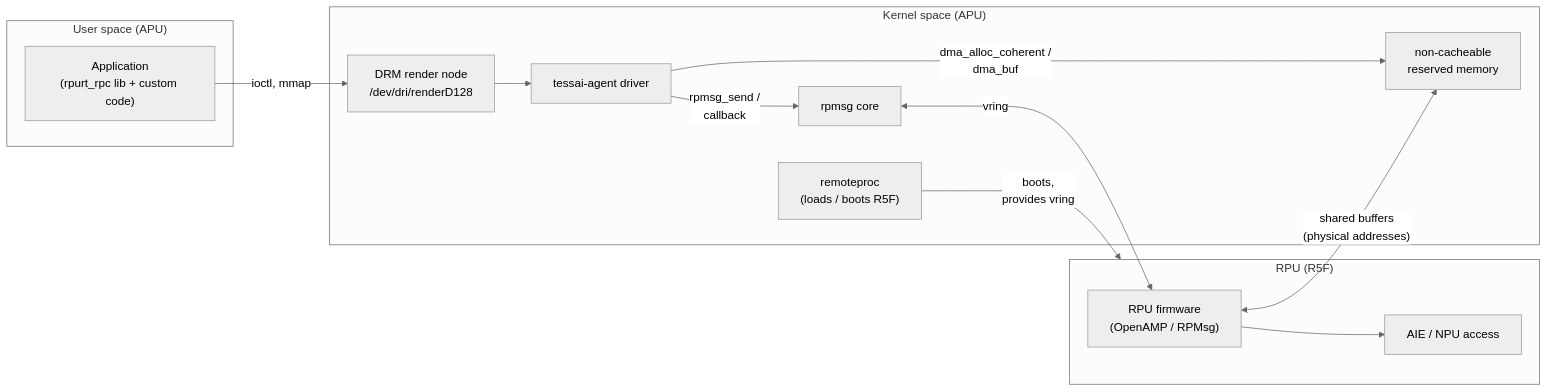
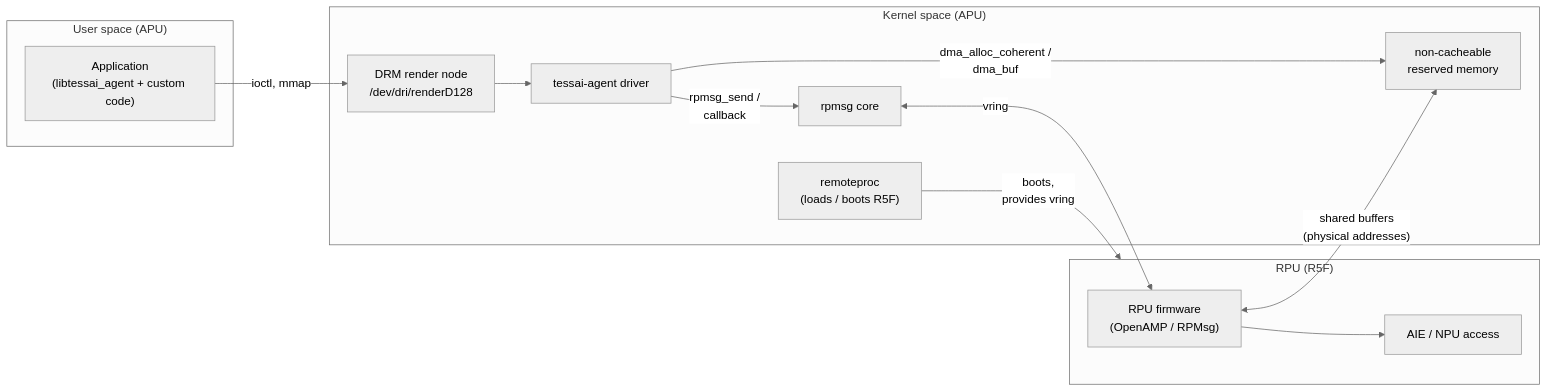
Before and after one commit to Xilinx/amdrnpu: the first of 5 diagrams in docs/architecture.md, drawn with Mermaid (neutral theme). The commit also changed other lines of this file and 24 other files, not shown here.

First line of the commit message:
Bring in tessai-agent files from reference, rename rpu-rt-rpc to tessai.

````diff
--- a/docs/architecture.md
+++ b/docs/architecture.md
@@ -21,28 +24,28 @@
 ```mermaid
 flowchart LR
     subgraph User["User space (APU)"]
-        APP["Application<br/>(rpurt_rpc lib + custom code)"]
+        APP["Application<br/>(libtessai_agent + custom code)"]
     end
 
     subgraph Kernel["Kernel space (APU)"]
         DRM["DRM render node<br/>/dev/dri/renderD128"]
         TESS["tessai-agent driver"]
         RPMSG["rpmsg core"]
         REMOTEPROC["remoteproc<br/>(loads / boots R5F)"]
         DMA["non-cacheable<br/>reserved memory"]
     end
 
     subgraph RPU["RPU (R5F)"]
         FW["RPU firmware<br/>(OpenAMP / RPMsg)"]
         AIE["AIE / NPU access"]
     end
 
     APP -- "ioctl, mmap" --> DRM
     DRM --> TESS
     TESS -- "rpmsg_send /<br/>callback" --> RPMSG
     RPMSG <-- "vring" --> FW
     REMOTEPROC -- "boots,<br/>provides vring" --> RPU
     TESS -- "dma_alloc_coherent /<br/>dma_buf" --> DMA
     FW <-- "shared buffers<br/>(physical addresses)" --> DMA
     FW --> AIE
 ```
````
